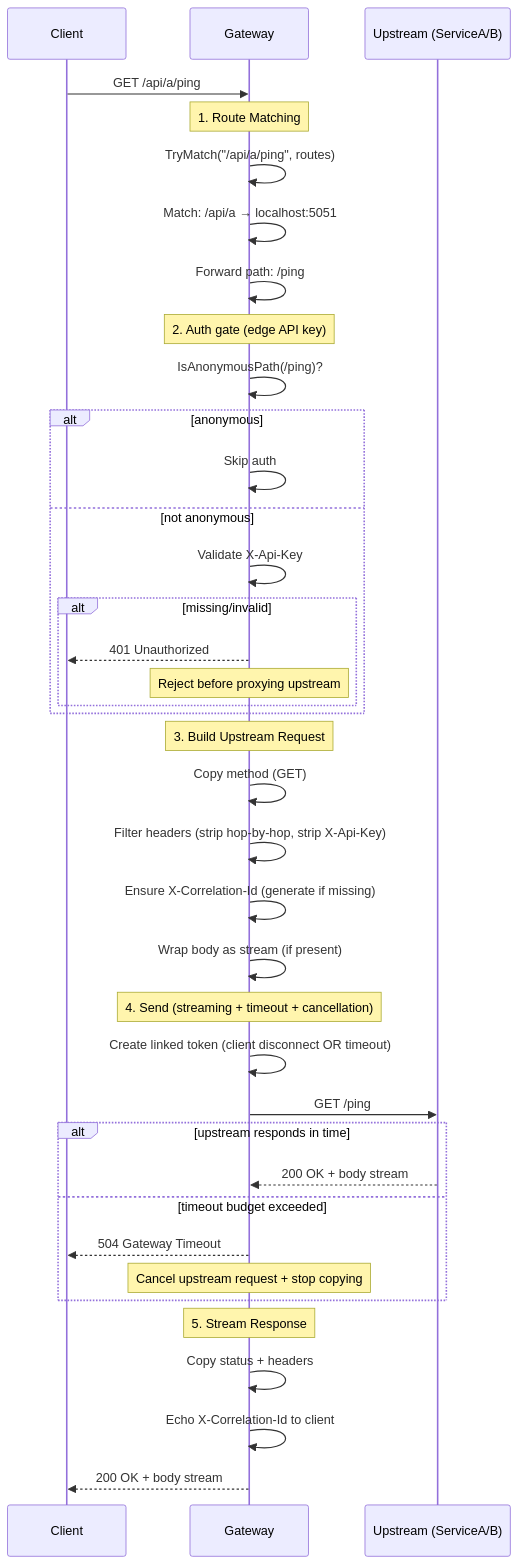
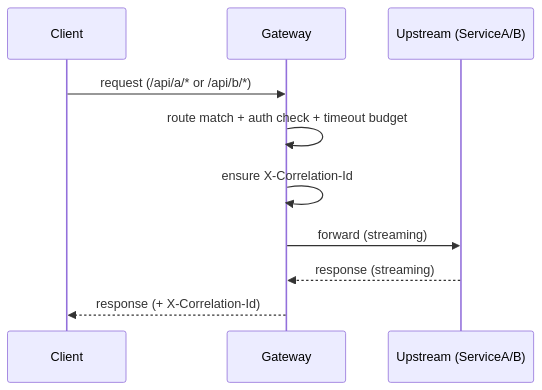
The first of 3 diagrams in README.md (Am64r/mini-gateway), drawn with Mermaid before and after one commit. The commit also changed other lines of this file and 1 other file, not shown here.

Commit message:
cleaner mermaid diagram

````diff
--- a/README.md
+++ b/README.md
@@ -7,46 +7,13 @@
 ```mermaid
 sequenceDiagram
     participant C as Client
     participant G as Gateway
     participant U as Upstream (ServiceA/B)
 
-    C->>G: GET /api/a/ping
-    
-    Note over G: 1. Route Matching
-    G->>G: TryMatch("/api/a/ping", routes)
-    G->>G: Match: /api/a → localhost:5051
-    G->>G: Forward path: /ping
-
-    Note over G: 2. Auth gate (edge API key)
-    G->>G: IsAnonymousPath(/ping)?
-    alt anonymous
-        G->>G: Skip auth
-    else not anonymous
-        G->>G: Validate X-Api-Key
-        alt missing/invalid
-            G-->>C: 401 Unauthorized
-            Note over G: Reject before proxying upstream
-        end
-    end
-    
-    Note over G: 3. Build Upstream Request
-    G->>G: Copy method (GET)
-    G->>G: Filter headers (strip hop-by-hop, strip X-Api-Key)
-    G->>G: Ensure X-Correlation-Id (generate if missing)
-    G->>G: Wrap body as stream (if present)
-    
-    Note over G: 4. Send (streaming + timeout + cancellation)
-    G->>G: Create linked token (client disconnect OR timeout)
-    G->>U: GET /ping
-    alt upstream responds in time
-        U-->>G: 200 OK + body stream
-    else timeout budget exceeded
-        G-->>C: 504 Gateway Timeout
-        Note over G: Cancel upstream request + stop copying
-    end
-    
-    Note over G: 5. Stream Response
-    G->>G: Copy status + headers
-    G->>G: Echo X-Correlation-Id to client
-    G-->>C: 200 OK + body stream
+    C->>G: request (/api/a/* or /api/b/*)
+    G->>G: route match + auth check + timeout budget
+    G->>G: ensure X-Correlation-Id
+    G->>U: forward (streaming)
+    U-->>G: response (streaming)
+    G-->>C: response (+ X-Correlation-Id)
 ```
````
